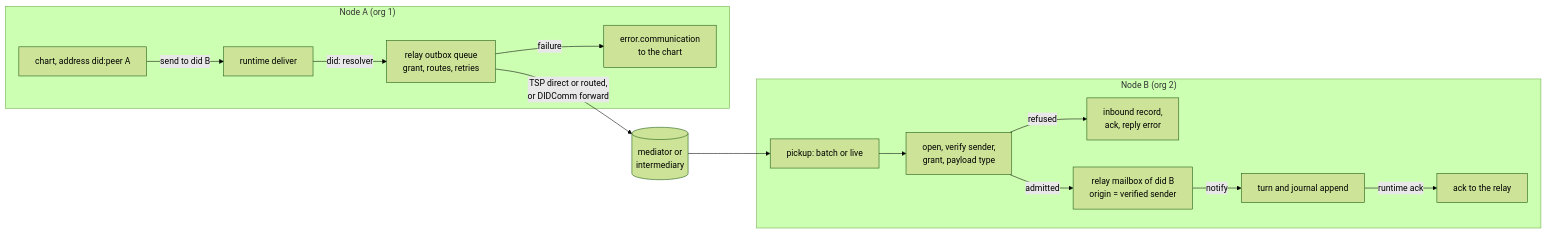
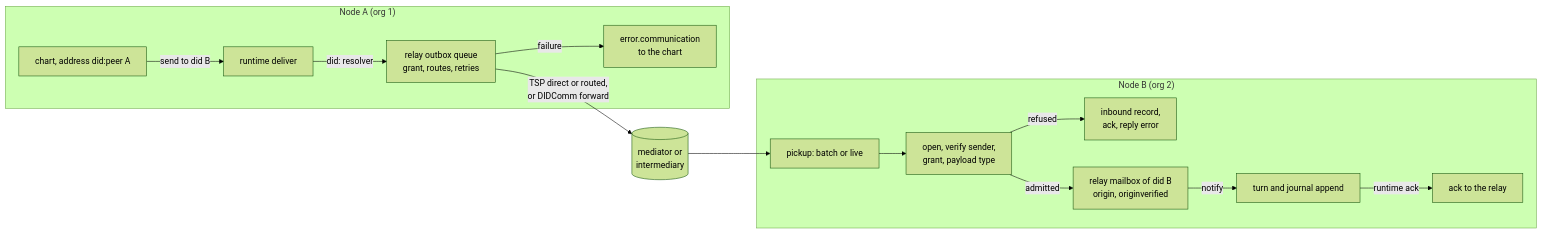
One commit to Volland/vertep changed diagram 14 of 14 in tg.md/views/distribution.md. Above: the diagram before and after it, drawn with Mermaid (forest theme). The commit also changed other lines of this file and 165 other files, not shown here.

````diff
--- a/tg.md/views/distribution.md
+++ b/tg.md/views/distribution.md
@@ -500,17 +536,17 @@
 ```mermaid
 flowchart LR
     subgraph A["Node A (org 1)"]
         CA["chart, address did:peer A"] -- "send to did B" --> RA["runtime deliver"]
         RA -- "did: resolver" --> OB["relay outbox queue<br/>grant, routes, retries"]
         OB -- "failure" --> EA["error.communication<br/>to the chart"]
     end
     OB -- "TSP direct or routed,<br/>or DIDComm forward" --> RL[("mediator or<br/>intermediary")]
     subgraph B["Node B (org 2)"]
         PU["pickup: batch or live"] --> OP["open, verify sender,<br/>grant, payload type"]
         OP -- "refused" --> RR["inbound record,<br/>ack, reply error"]
-        OP -- "admitted" --> MB["relay mailbox of did B<br/>origin = verified sender"]
+        OP -- "admitted" --> MB["relay mailbox of did B<br/>origin, originverified"]
         MB -- "notify" --> TB["turn and journal append"]
         TB -- "runtime ack" --> AK["ack to the relay"]
     end
     RL --> PU
 ```
````
